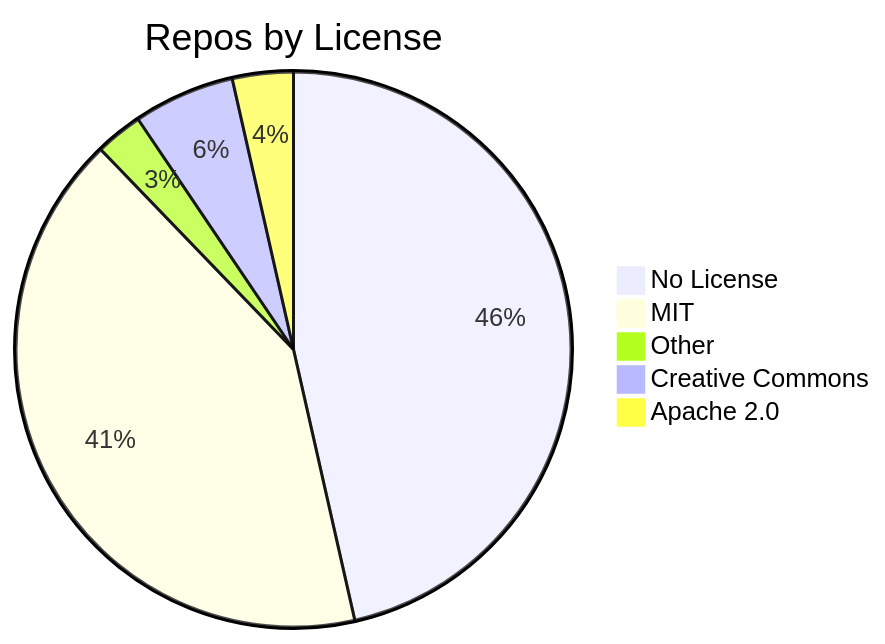
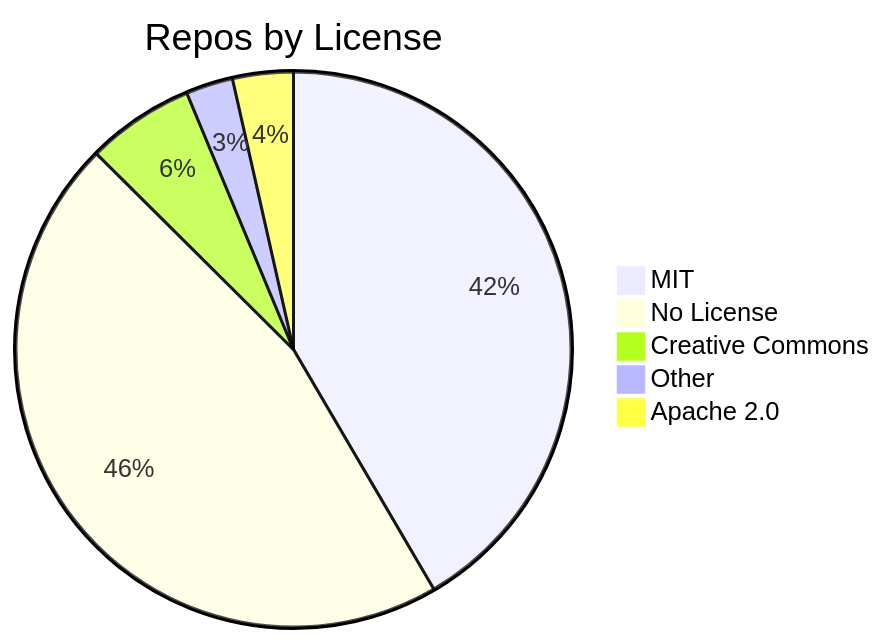
One commit to jpatterson933/awesome-mcp-server-repo-index changed the diagram in README.md. Above: the diagram before and after it, drawn with Mermaid. The commit also changed other lines of this file and 3 other files, not shown here.

````diff
--- a/README.md
+++ b/README.md
@@ -29,8 +29,8 @@
 ```mermaid
 pie title Repos by License
-    "No License" : 118
-    "MIT" : 105
+    "MIT" : 106
+    "No License" : 117
+    "Creative Commons" : 16
     "Other" : 7
-    "Creative Commons" : 15
     "Apache 2.0" : 9
 ```
````
